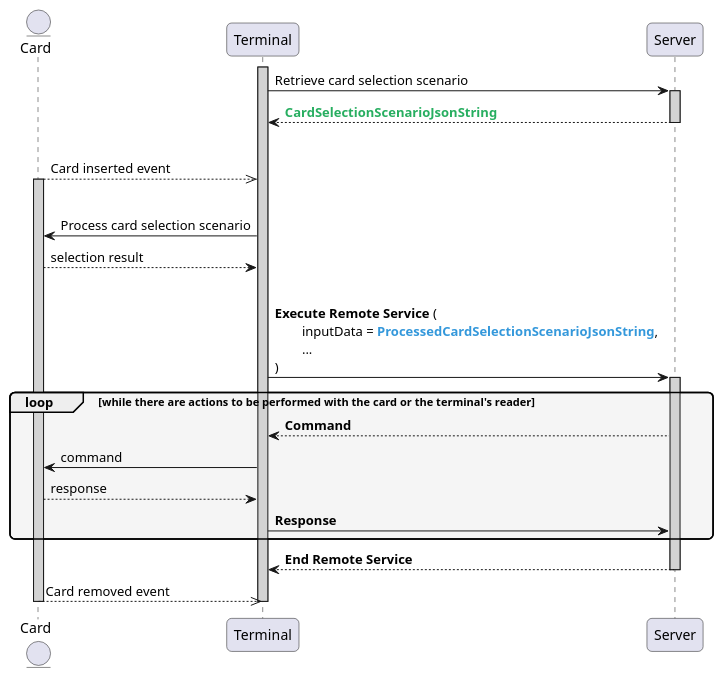
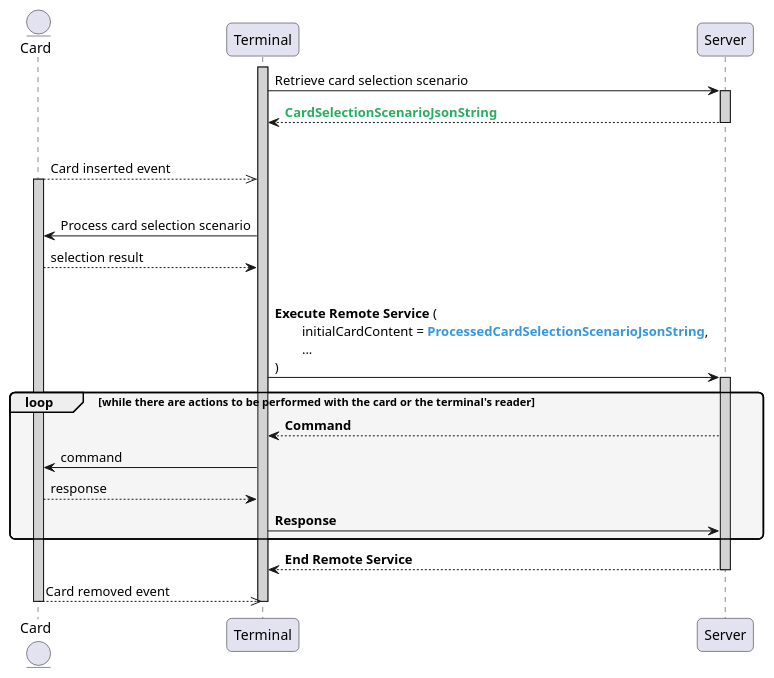
One commit to eclipse-keyple/keyple-website changed the diagram in static/media/learn/user-guide/non-keyple-client/selection-json-specification-common/Sequence_SelectionJsonSpecification.puml. Above: the diagram before and after it, drawn with PlantUML. The commit also changed 11 other files, not shown here.

```diff
--- a/static/media/learn/user-guide/non-keyple-client/selection-json-specification-common/Sequence_SelectionJsonSpecification.puml
+++ b/static/media/learn/user-guide/non-keyple-client/selection-json-specification-common/Sequence_SelectionJsonSpecification.puml
@@ -1,45 +1,45 @@
 @startuml
 
 ' == THEME ==
 
 skinparam RoundCorner 10
 'skinparam sequenceArrowThickness 2
 
 ' == CONTENT ==
 
 entity "Card" as card
 participant "Terminal" as client
 participant "Server" as server
 
 activate client #LightGrey
 client -> server ++ #LightGrey : Retrieve card selection scenario
 return <color:#27AE60>**CardSelectionScenarioJsonString**
 
 |||
 
 card -->> client #LightGrey : Card inserted event
 activate card #LightGrey
 
 |||
 
 client -> card : Process card selection scenario
 client <-- card : selection result
 
 |||
 
-client -> server ++ #LightGrey : **Execute Remote Service** (\n\tinputData = <color: #3498DB>**ProcessedCardSelectionScenarioJsonString**</color>,\n\t...\n)
+client -> server ++ #LightGrey : **Execute Remote Service** (\n\tinitialCardContent = <color: #3498DB>**ProcessedCardSelectionScenarioJsonString**</color>,\n\t...\n)
 
 loop #F5F5F5 while there are actions to be performed with the card or the terminal's reader
     client <-- server : **Command**
     card <- client : command
     card --> client : response
     client -> server : **Response**
 end
 
 client <-- server -- : **End Remote Service**
 
 card -->> client -- : Card removed event
 deactivate client
 deactivate card
 
 @enduml
```
